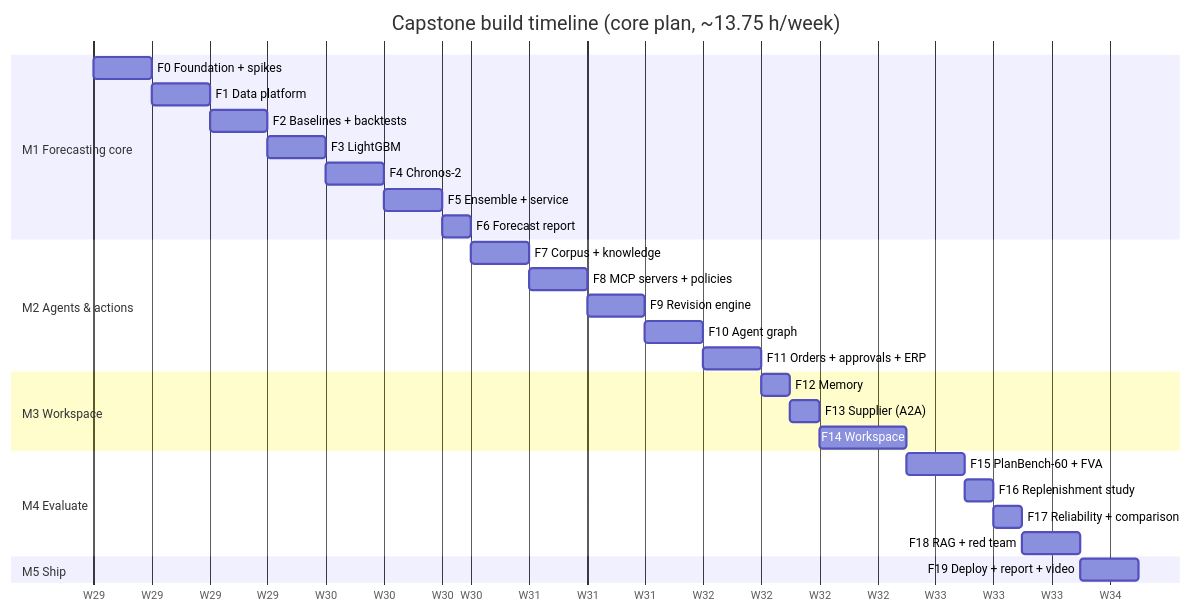
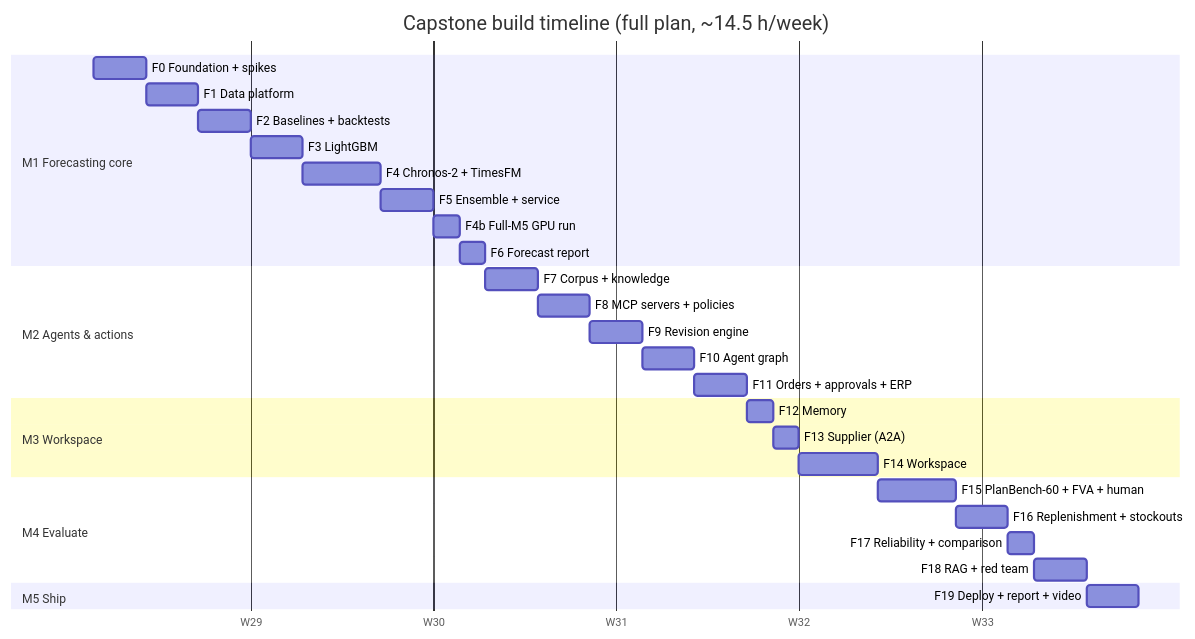
The fourth of 4 diagrams in projects/08-demand-planning-copilot/docs/09-build-plan/README.md (pRiMeXoMeGa/AI-Learning-Projects), drawn with Mermaid before and after one commit. The commit also changed other lines of this file and 5 other files, not shown here.

First line of the commit message:
Choose full plan for the capstone and update the roadmap

````diff
--- a/projects/08-demand-planning-copilot/docs/09-build-plan/README.md
+++ b/projects/08-demand-planning-copilot/docs/09-build-plan/README.md
@@ -179,31 +182,32 @@
 ```mermaid
 gantt
-    title Capstone build timeline (core plan, ~13.75 h/week)
+    title Capstone build timeline (full plan, ~14.5 h/week)
     dateFormat YYYY-MM-DD
     axisFormat W%W
     section M1 Forecasting core
     F0 Foundation + spikes          :f0, 2027-07-19, 2d
     F1 Data platform                :f1, after f0, 2d
     F2 Baselines + backtests        :f2, after f1, 2d
     F3 LightGBM                     :f3, after f2, 2d
-    F4 Chronos-2                    :f4, after f3, 2d
+    F4 Chronos-2 + TimesFM          :f4, after f3, 3d
     F5 Ensemble + service           :f5, after f4, 2d
-    F6 Forecast report              :f6, after f5, 1d
+    F4b Full-M5 GPU run             :f4b, after f5, 1d
+    F6 Forecast report              :f6, after f4b, 1d
     section M2 Agents & actions
     F7 Corpus + knowledge           :f7, after f6, 2d
     F8 MCP servers + policies       :f8, after f7, 2d
     F9 Revision engine              :f9, after f8, 2d
     F10 Agent graph                 :f10, after f9, 2d
     F11 Orders + approvals + ERP    :f11, after f10, 2d
     section M3 Workspace
     F12 Memory                      :f12, after f11, 1d
     F13 Supplier (A2A)              :f13, after f12, 1d
     F14 Workspace                   :f14, after f13, 3d
     section M4 Evaluate
-    F15 PlanBench-60 + FVA          :f15, after f14, 2d
-    F16 Replenishment study         :f16, after f15, 1d
+    F15 PlanBench-60 + FVA + human  :f15, after f14, 3d
+    F16 Replenishment + stockouts   :f16, after f15, 2d
     F17 Reliability + comparison    :f17, after f16, 1d
     F18 RAG + red team              :f18, after f17, 2d
     section M5 Ship
     F19 Deploy + report + video     :f19, after f18, 2d
 ```
````
